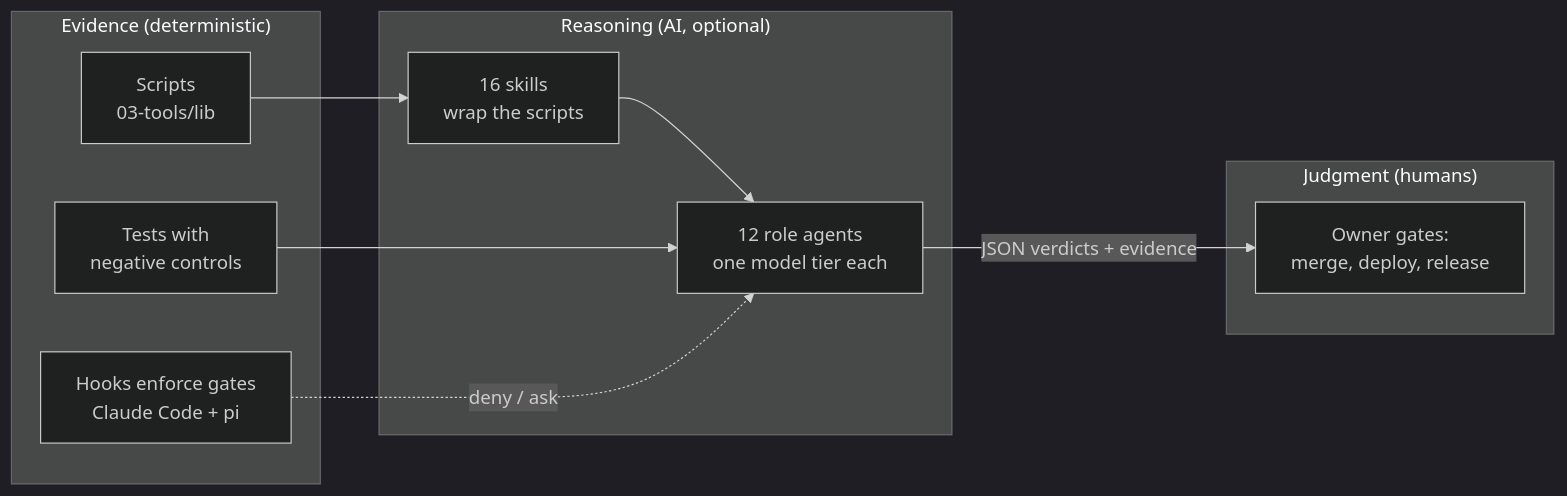
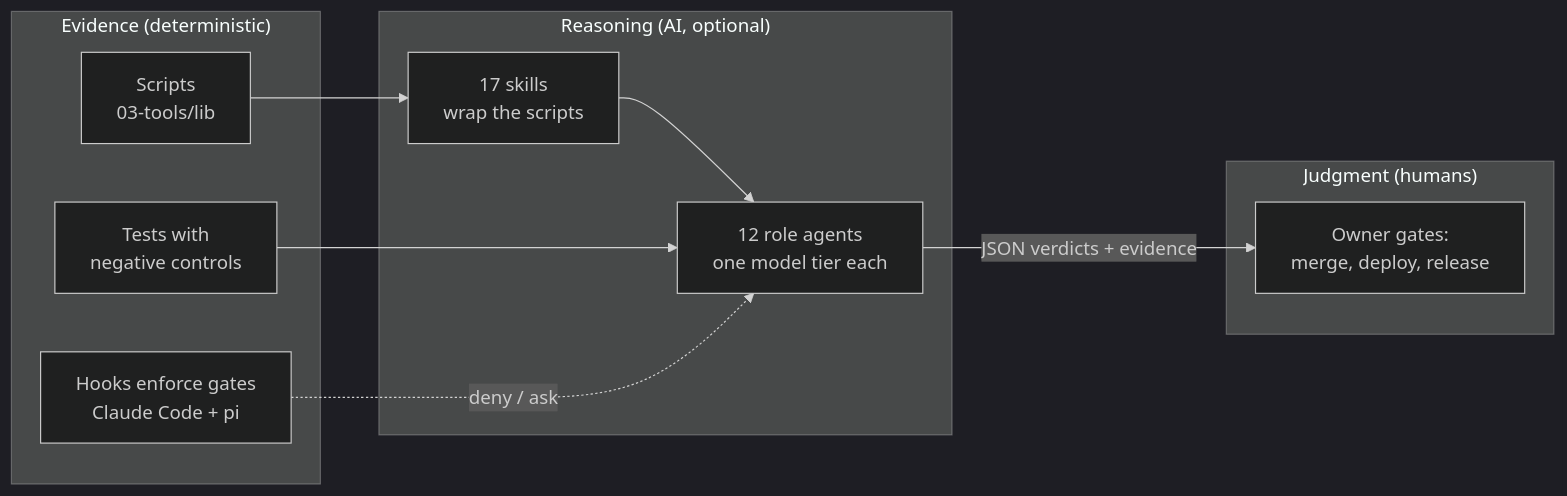
Before and after one commit to jcellomarcano/work-methodology: the first of 3 diagrams in README.md, drawn with Mermaid (dark theme). The commit also changed other lines of this file and 48 other files, not shown here.

````diff
--- a/README.md
+++ b/README.md
@@ -40,19 +40,19 @@
 ```mermaid
 flowchart LR
     subgraph Evidence["Evidence (deterministic)"]
         S["Scripts<br/>03-tools/lib"]
         T["Tests with<br/>negative controls"]
         H["Hooks enforce gates<br/>Claude Code + pi"]
     end
     subgraph Reasoning["Reasoning (AI, optional)"]
         A["12 role agents<br/>one model tier each"]
-        K["16 skills<br/>wrap the scripts"]
+        K["17 skills<br/>wrap the scripts"]
     end
     subgraph Judgment["Judgment (humans)"]
         O["Owner gates:<br/>merge, deploy, release"]
     end
     S --> K --> A
     T --> A
     A -- "JSON verdicts + evidence" --> O
     H -. "deny / ask" .-> A
 ```
````
